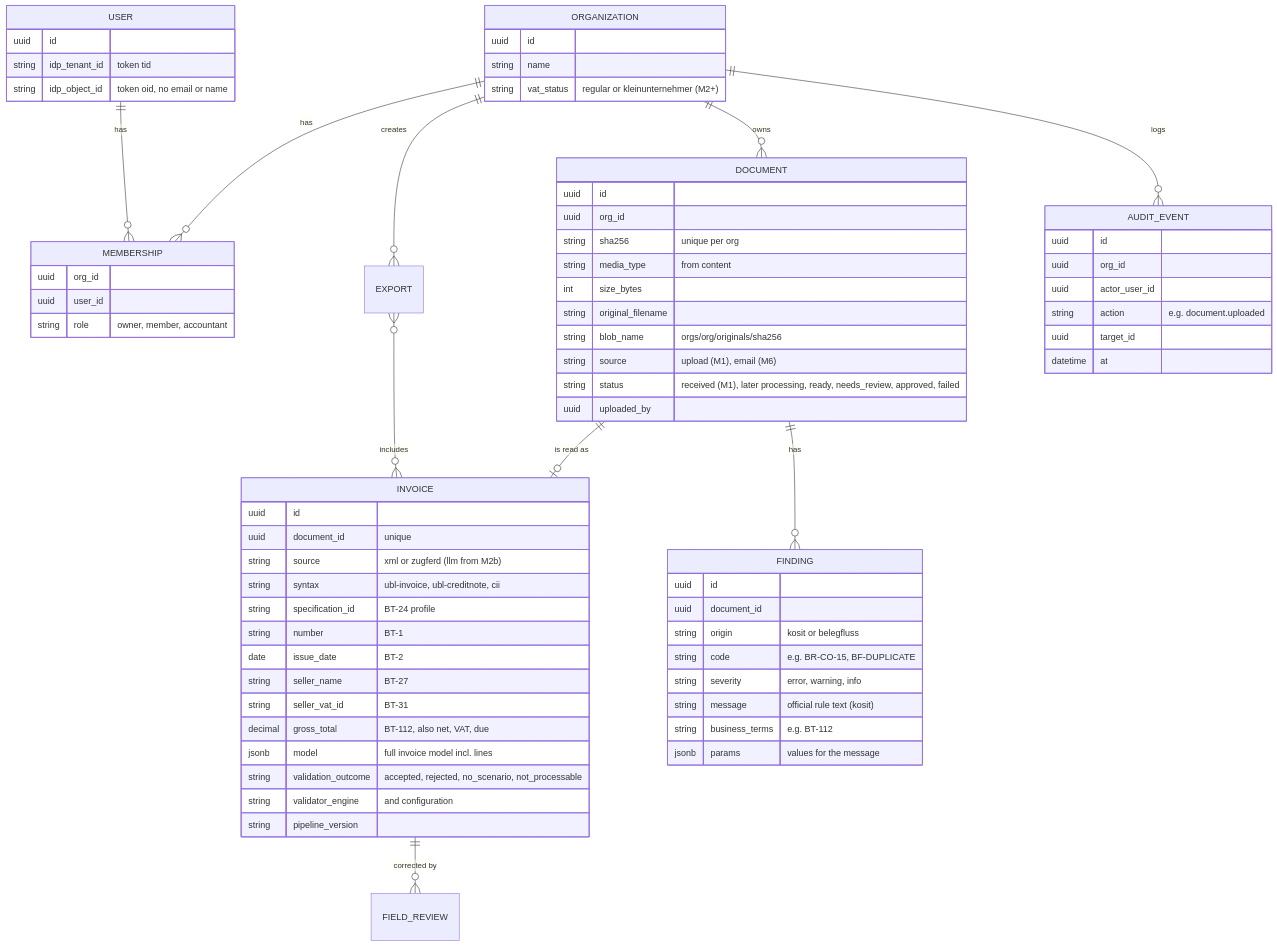
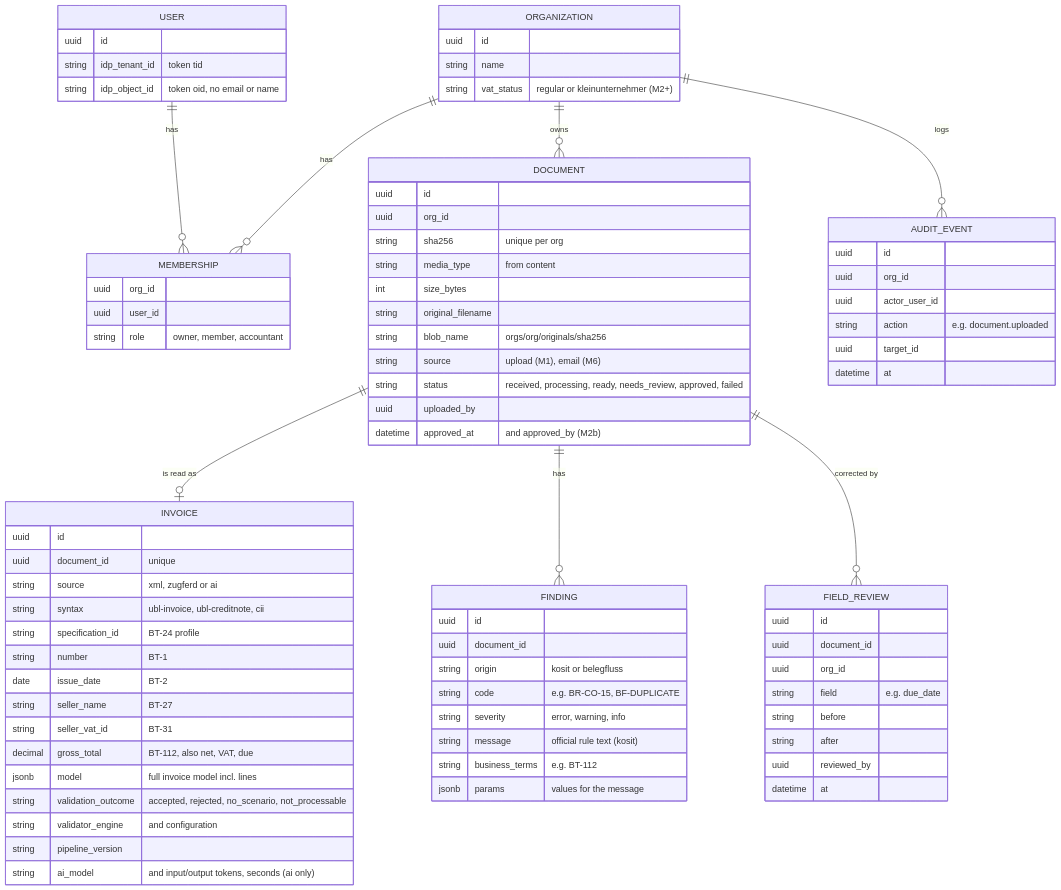
Before and after one commit to LomadaDharmateja/belegfluss: the fifth of 8 diagrams in docs/ARCHITECTURE.md, drawn with Mermaid. The commit also changed other lines of this file and 11 other files, not shown here.

First line of the commit message:
docs(m2b): ADRs 0016-0017, milestone page with claims audit, architecture as built

```diff
--- a/docs/ARCHITECTURE.md
+++ b/docs/ARCHITECTURE.md
@@ -205,9 +208,7 @@
     ORGANIZATION ||--o{ DOCUMENT : owns
     DOCUMENT ||--o| INVOICE : "is read as"
     DOCUMENT ||--o{ FINDING : has
-    INVOICE ||--o{ FIELD_REVIEW : "corrected by"
-    ORGANIZATION ||--o{ EXPORT : creates
-    EXPORT }o--o{ INVOICE : includes
+    DOCUMENT ||--o{ FIELD_REVIEW : "corrected by"
     ORGANIZATION ||--o{ AUDIT_EVENT : logs
 
     ORGANIZATION {
@@ -234,13 +235,14 @@
         string original_filename
         string blob_name "orgs/org/originals/sha256"
         string source "upload (M1), email (M6)"
-        string status "received (M1), later processing, ready, needs_review, approved, failed"
+        string status "received, processing, ready, needs_review, approved, failed"
         uuid uploaded_by
+        datetime approved_at "and approved_by (M2b)"
     }
     INVOICE {
         uuid id
         uuid document_id "unique"
-        string source "xml or zugferd (llm from M2b)"
+        string source "xml, zugferd or ai"
         string syntax "ubl-invoice, ubl-creditnote, cii"
         string specification_id "BT-24 profile"
         string number "BT-1"
@@ -252,6 +254,7 @@
         string validation_outcome "accepted, rejected, no_scenario, not_processable"
         string validator_engine "and configuration"
         string pipeline_version
+        string ai_model "and input/output tokens, seconds (ai only)"
     }
     FINDING {
         uuid id
@@ -263,6 +266,16 @@
         string business_terms "e.g. BT-112"
         jsonb params "values for the message"
     }
+    FIELD_REVIEW {
+        uuid id
+        uuid document_id
+        uuid org_id
+        string field "e.g. due_date"
+        string before
+        string after
+        uuid reviewed_by
+        datetime at
+    }
     AUDIT_EVENT {
         uuid id
         uuid org_id
```
